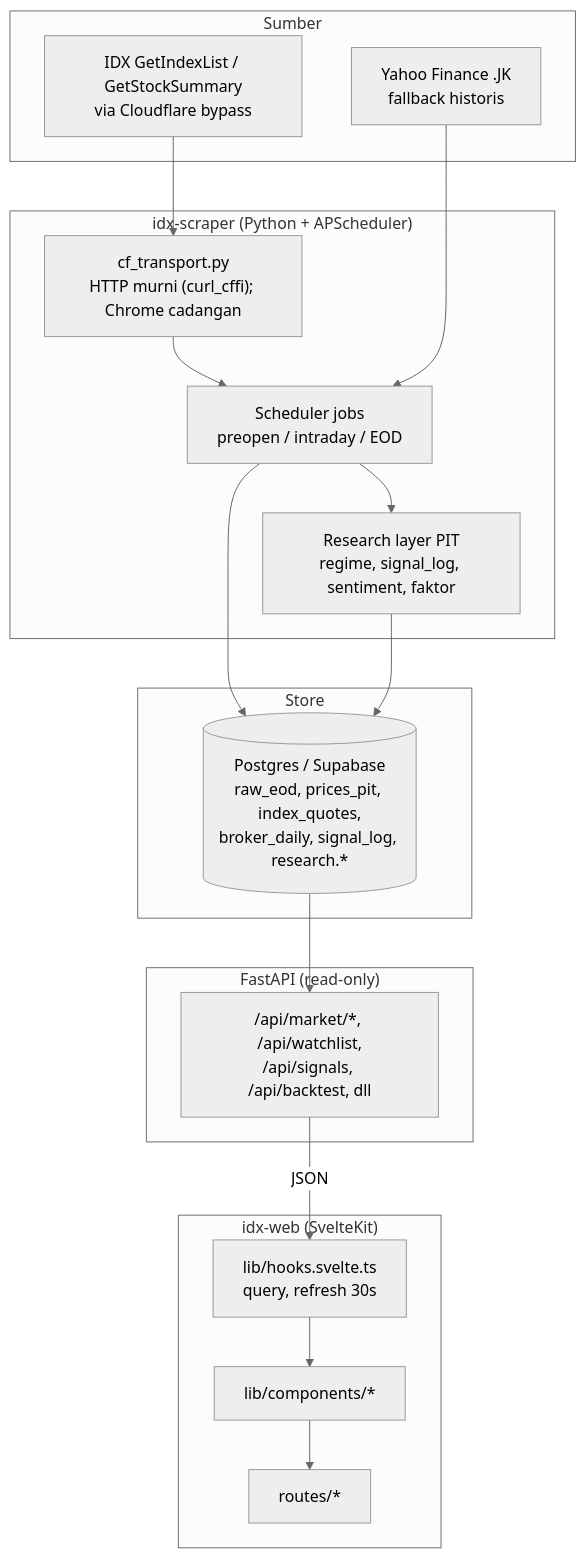
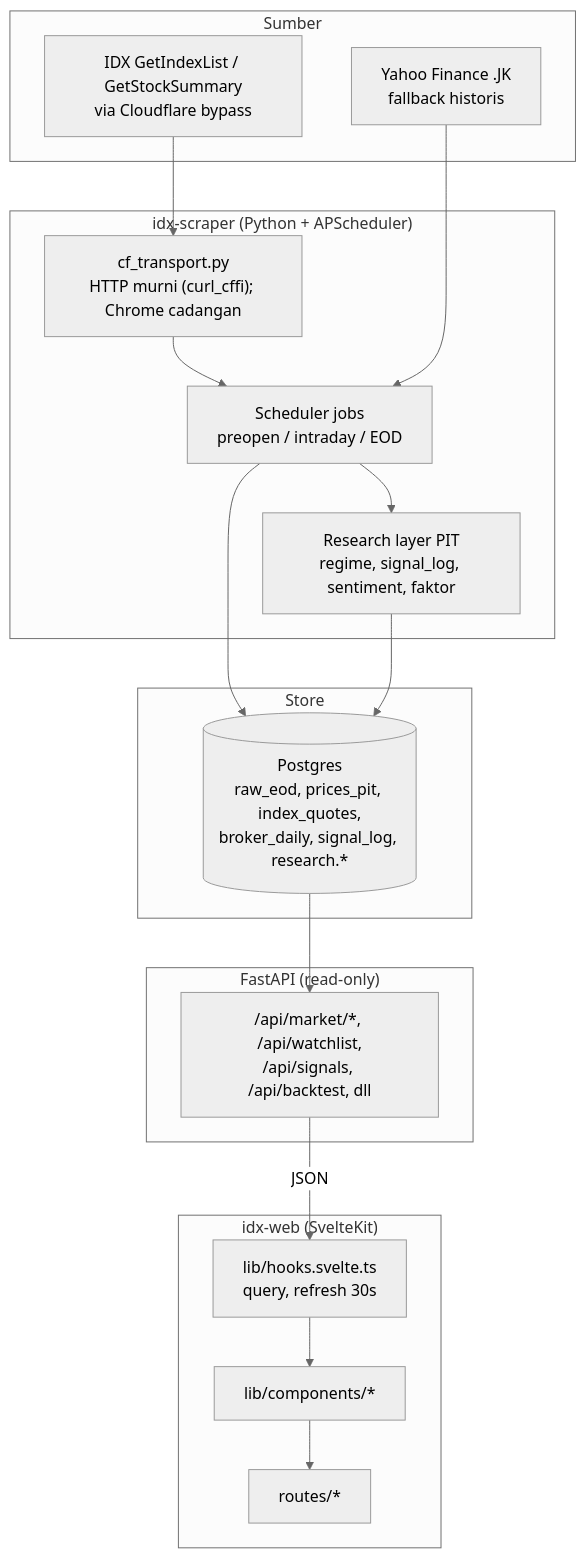
One commit to faizalajiw/idx-web changed the second of 2 diagrams in README.md. Above: the diagram before and after it, drawn with Mermaid (neutral theme). The commit also changed other lines of this file, not shown here.

Commit message:
docs(readme): hapus 'Supabase' dari diagram dan alur data
Database-nya PostgreSQL lokal (DATABASE_URL), bukan layanan Supabase.
Label silinder di diagram Alur Data dan butir Store tidak lagi menyebut
Supabase; tidak ada perubahan lain.

````diff
--- a/README.md
+++ b/README.md
@@ -265,34 +265,34 @@
 ```mermaid
 flowchart TD
   subgraph Sumber
     IDX["IDX GetIndexList / GetStockSummary<br/>via Cloudflare bypass"]
     YF["Yahoo Finance .JK<br/>fallback historis"]
   end
 
   subgraph Ingest["idx-scraper (Python + APScheduler)"]
     CF["cf_transport.py<br/>HTTP murni (curl_cffi); Chrome cadangan"]
     JOB["Scheduler jobs<br/>preopen / intraday / EOD"]
     RESEARCH["Research layer PIT<br/>regime, signal_log, sentiment, faktor"]
   end
 
   subgraph Store
-    PG[("Postgres / Supabase<br/>raw_eod, prices_pit, index_quotes,<br/>broker_daily, signal_log, research.*")]
+    PG[("Postgres<br/>raw_eod, prices_pit, index_quotes,<br/>broker_daily, signal_log, research.*")]
   end
 
   subgraph API["FastAPI (read-only)"]
     EP["/api/market/*, /api/watchlist,<br/>/api/signals, /api/backtest, dll"]
   end
 
   subgraph Web["idx-web (SvelteKit)"]
     HOOKS["lib/hooks.svelte.ts<br/>query, refresh 30s"]
     CMP["lib/components/*"]
     PAGE["routes/*"]
   end
 
   IDX --> CF --> JOB
   YF --> JOB
   JOB --> PG
   JOB --> RESEARCH --> PG
   PG --> EP
   EP -->|JSON| HOOKS --> CMP --> PAGE
 ```
````
